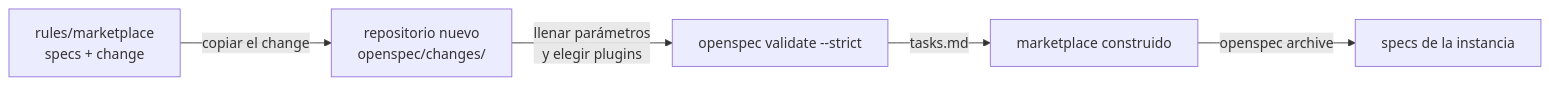
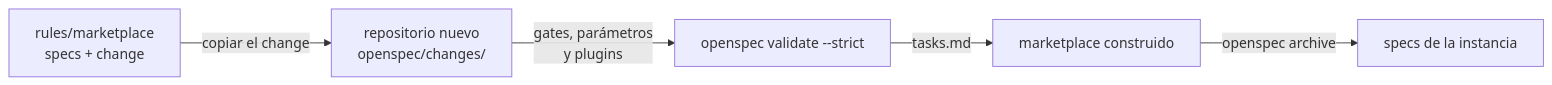
Before and after one commit to incognia/rules: the diagram in marketplace/README.md, drawn with Mermaid. The commit also changed other lines of this file and 14 other files, not shown here.

````diff
--- a/marketplace/README.md
+++ b/marketplace/README.md
@@ -60,7 +97,7 @@
 ```mermaid
 flowchart LR
     A["rules/marketplace<br/>specs + change"] -->|copiar el change| B["repositorio nuevo<br/>openspec/changes/"]
-    B -->|llenar parámetros<br/>y elegir plugins| C["openspec validate --strict"]
+    B -->|gates, parámetros<br/>y plugins| C["openspec validate --strict"]
     C -->|tasks.md| D["marketplace construido"]
     D -->|openspec archive| E["specs de la instancia"]
 ```
````
